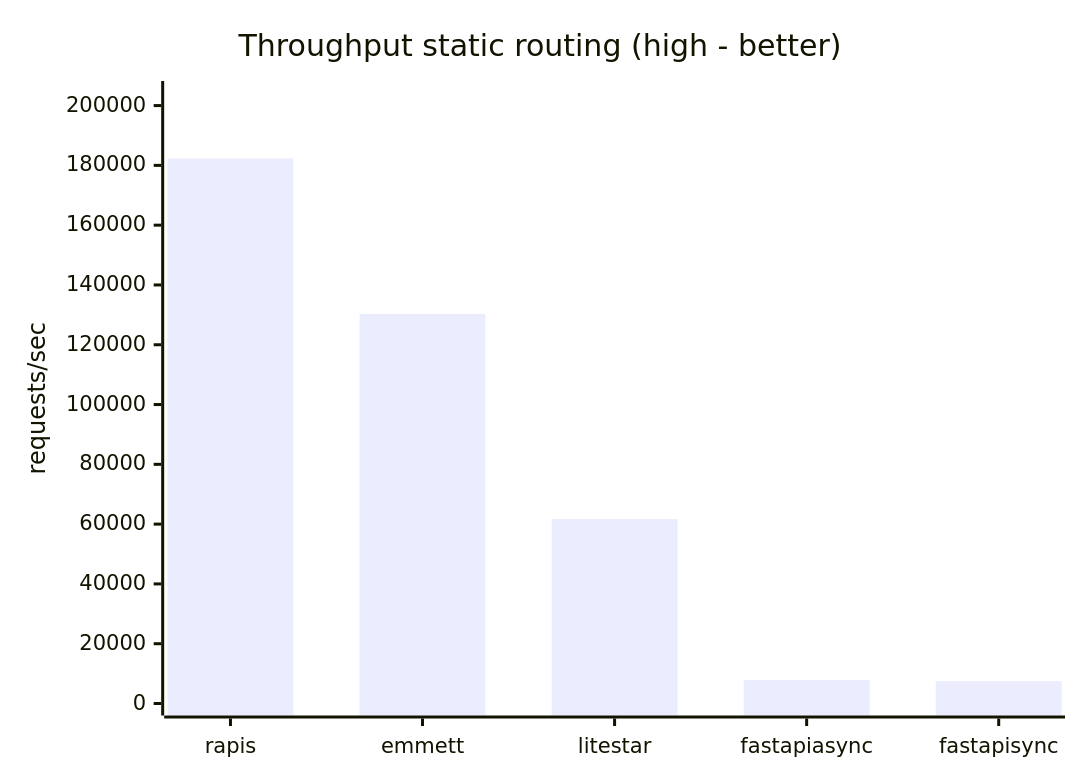
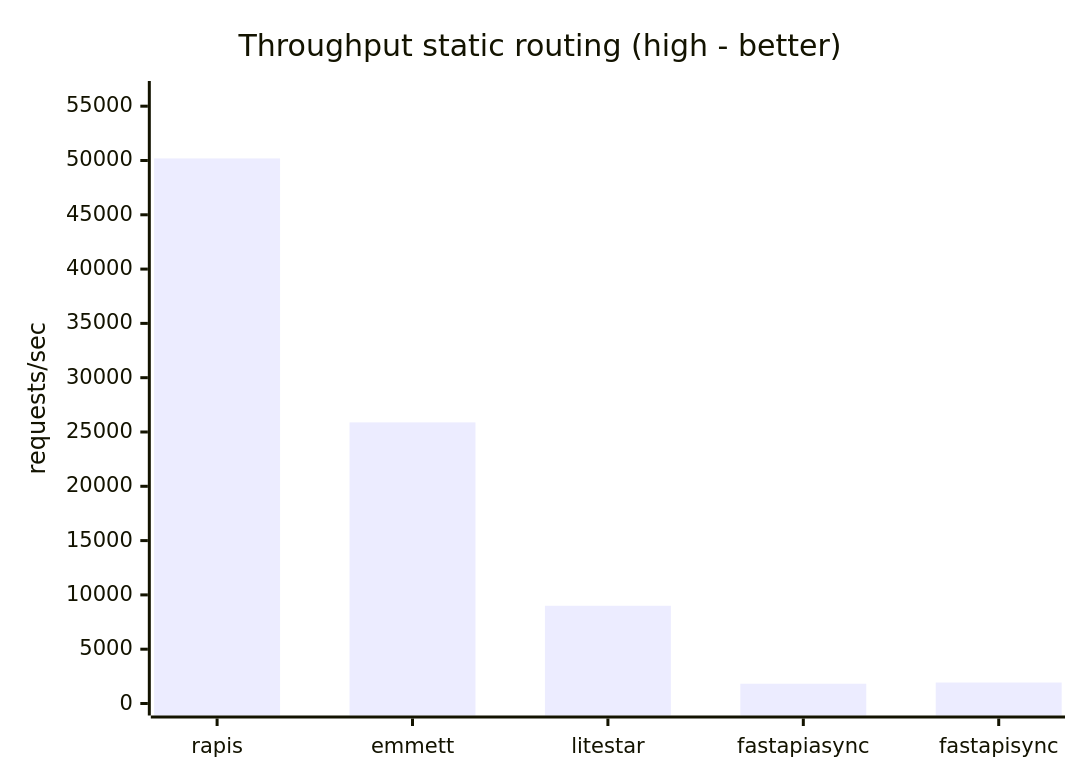
The third of 6 diagrams in benchmarks/README.md (sheptalo/rapis), drawn with Mermaid before and after one commit. The commit also changed other lines of this file, not shown here.

````diff
--- a/benchmarks/README.md
+++ b/benchmarks/README.md
@@ -108,7 +108,7 @@
 ```mermaid
 xychart-beta
     title "Throughput static routing (high - better)"
     x-axis [rapis, emmett, litestar, fastapi async, fastapi sync]
-    y-axis "requests/sec" 0 --> 204207
-    bar [182326.84, 130307.55, 61694.29, 7884.54, 7499.46]
+    y-axis "requests/sec" 0 --> 56214
+    bar [50190.56, 25883.43, 8999.82, 1820.45, 1931.43]
 ```
````
